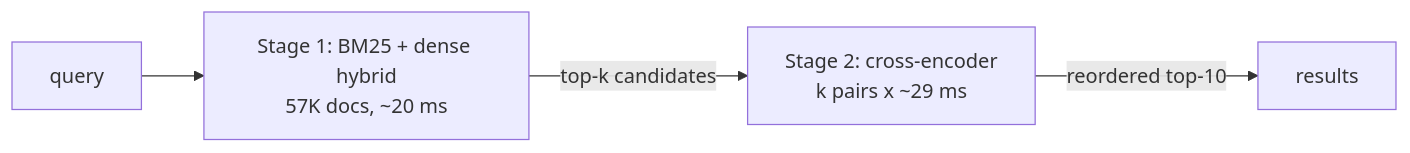
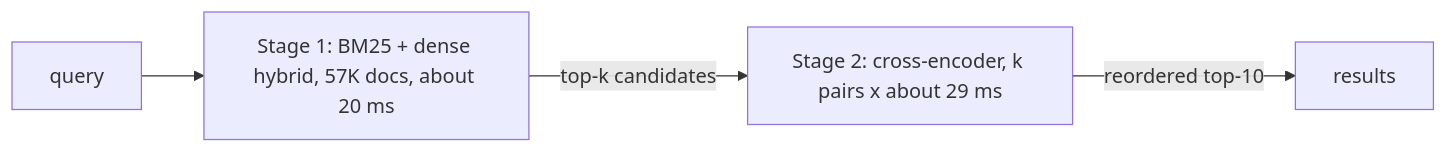
Before and after one commit to node31/fiqa-agentic-retrieval: the diagram in docs/06_reranking.md, drawn with Mermaid. The commit also changed other lines of this file and 38 other files, not shown here.

````diff
--- a/docs/06_reranking.md
+++ b/docs/06_reranking.md
@@ -35,6 +24,6 @@
 ```mermaid
 flowchart LR
-  Q[query] --> S1[Stage 1: BM25 + dense hybrid<br/>57K docs, ~20 ms]
-  S1 -->|top-k candidates| S2[Stage 2: cross-encoder<br/>k pairs x ~29 ms]
-  S2 -->|reordered top-10| OUT[results]
+  Q["query"] --> S1["Stage 1: BM25 + dense hybrid, 57K docs, about 20 ms"]
+  S1 -->|"top-k candidates"| S2["Stage 2: cross-encoder, k pairs x about 29 ms"]
+  S2 -->|"reordered top-10"| OUT["results"]
 ```
````
